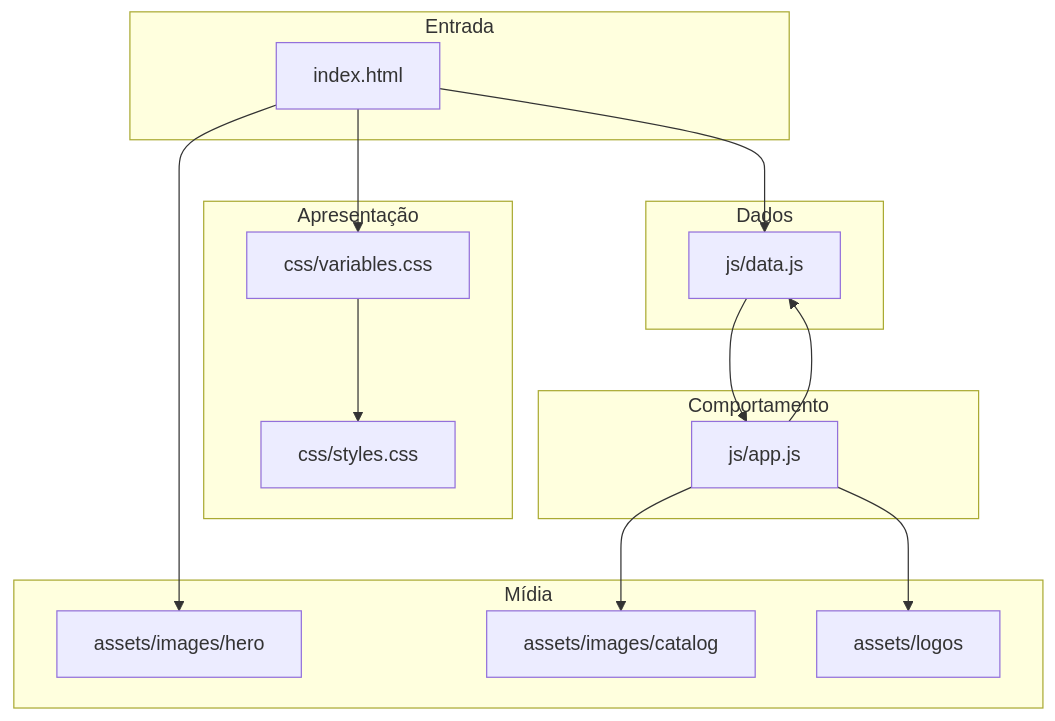
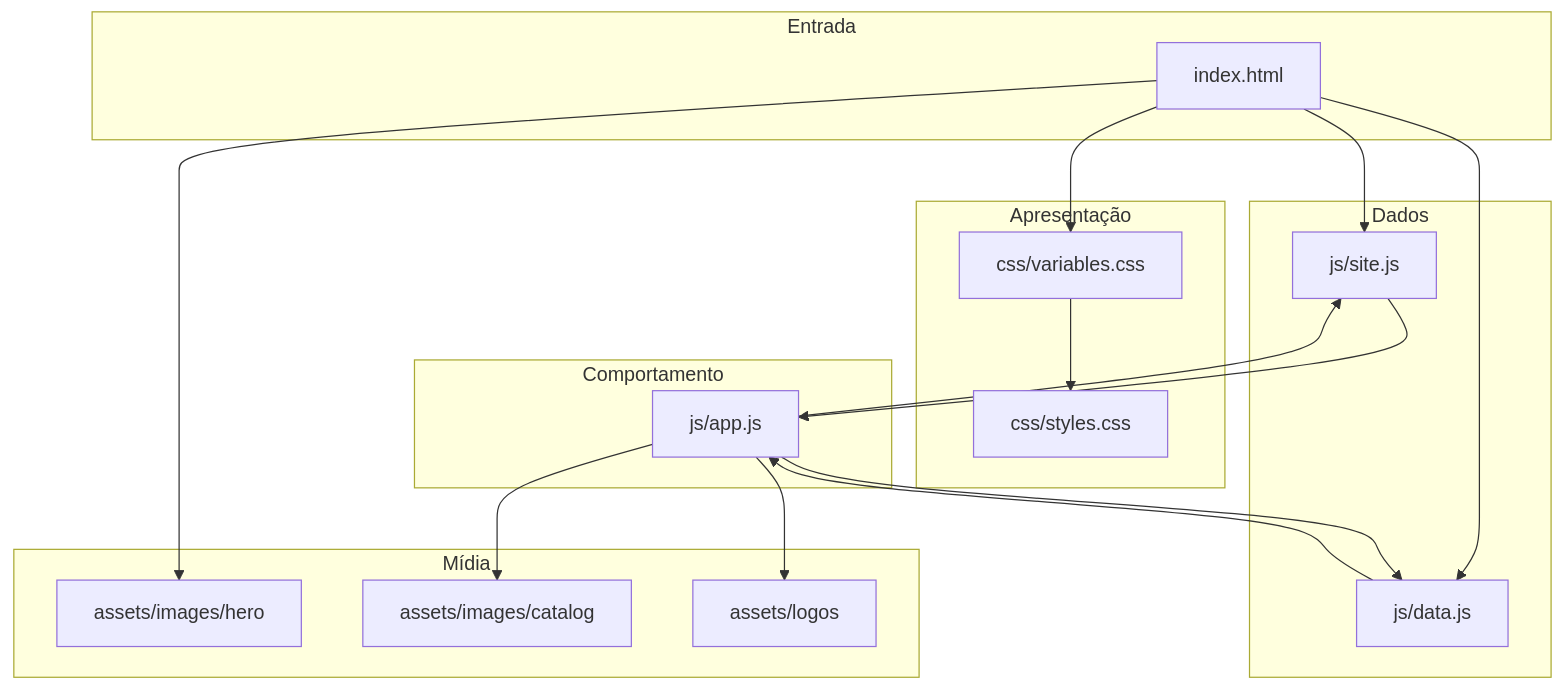
One commit to JorgeRamalho/Supercar changed the diagram in docs/arquitetura.md. Above: the diagram before and after it, drawn with Mermaid. The commit also changed other lines of this file and 27 other files, not shown here.

````diff
--- a/docs/arquitetura.md
+++ b/docs/arquitetura.md
@@ -7,28 +7,31 @@
 ```mermaid
 flowchart TB
   subgraph entry [Entrada]
     HTML[index.html]
   end
   subgraph presentation [Apresentação]
     VAR[css/variables.css]
     STY[css/styles.css]
   end
   subgraph data [Dados]
+    SITECFG[js/site.js]
     DATA[js/data.js]
   end
   subgraph behavior [Comportamento]
     APP[js/app.js]
   end
   subgraph media [Mídia]
     HERO[assets/images/hero]
     CAT[assets/images/catalog]
     LOGOS[assets/logos]
   end
 
   HTML --> VAR --> STY
+  HTML --> SITECFG --> APP
   HTML --> DATA --> APP
   HTML --> HERO
   APP --> CAT
   APP --> LOGOS
   APP --> DATA
+  APP --> SITECFG
 ```
````
